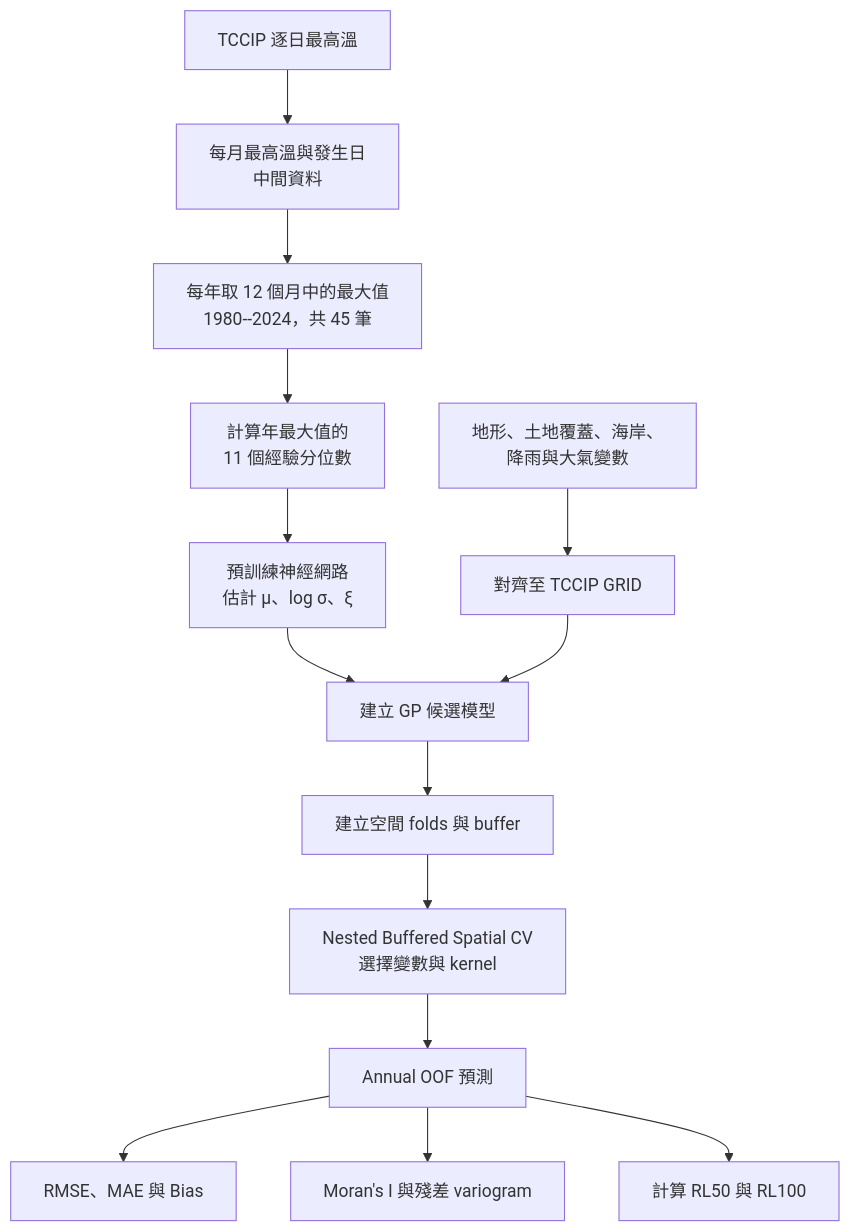
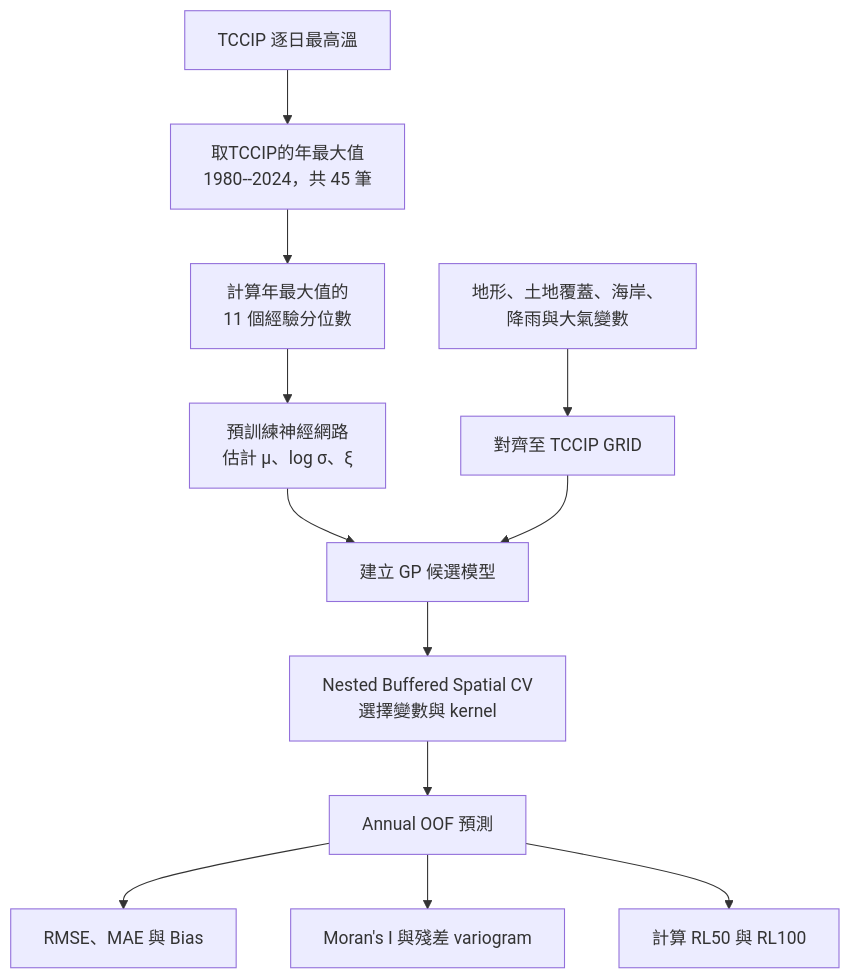
The first of 2 diagrams in README.md (shu-ming0808/gev-use-nn), drawn with Mermaid before and after one commit. The commit also changed other lines of this file and 5 other files, not shown here.

````diff
--- a/README.md
+++ b/README.md
@@ -13,19 +13,17 @@
 ```mermaid
 flowchart TD
-    A["TCCIP 逐日最高溫"] --> B["每月最高溫與發生日<br/>中間資料"]
-    B --> C["每年取 12 個月中的最大值<br/>1980--2024，共 45 筆"]
+    A["TCCIP 逐日最高溫"] --> C["取TCCIP的年最大值<br/>1980--2024，共 45 筆"]
     C --> D["計算年最大值的<br/>11 個經驗分位數"]
     D --> E["預訓練神經網路<br/>估計 μ、log σ、ξ"]
 
     F["地形、土地覆蓋、海岸、<br/>降雨與大氣變數"] --> G["對齊至 TCCIP GRID"]
 
     E --> H["建立 GP 候選模型"]
     G --> H
-    H --> I["建立空間 folds 與 buffer"]
-    I --> J["Nested Buffered Spatial CV<br/>選擇變數與 kernel"]
+    H --> J["Nested Buffered Spatial CV<br/>選擇變數與 kernel"]
     J --> K["Annual OOF 預測"]
 
     K --> L["RMSE、MAE 與 Bias"]
     K --> M["Moran's I 與殘差 variogram"]
     K --> N["計算 RL50 與 RL100"]
 ```
````
